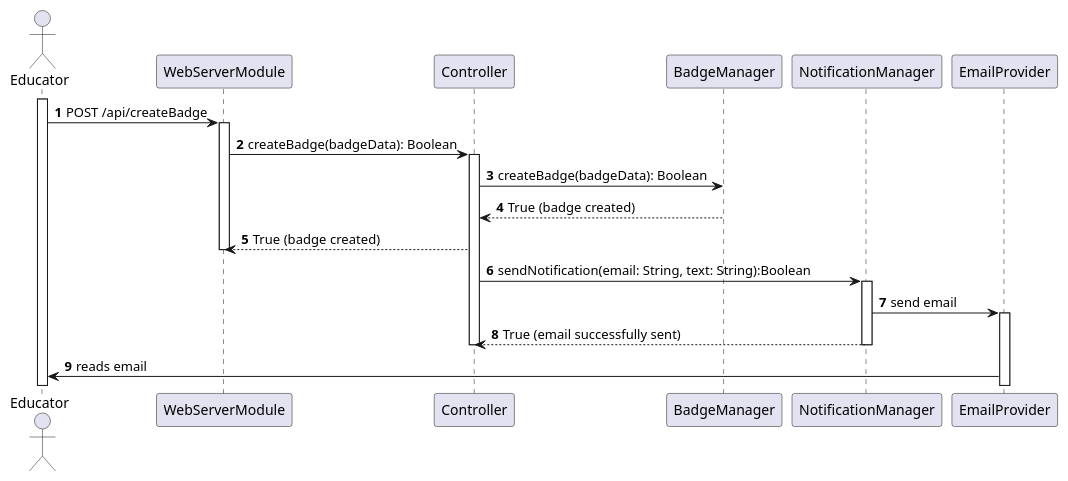
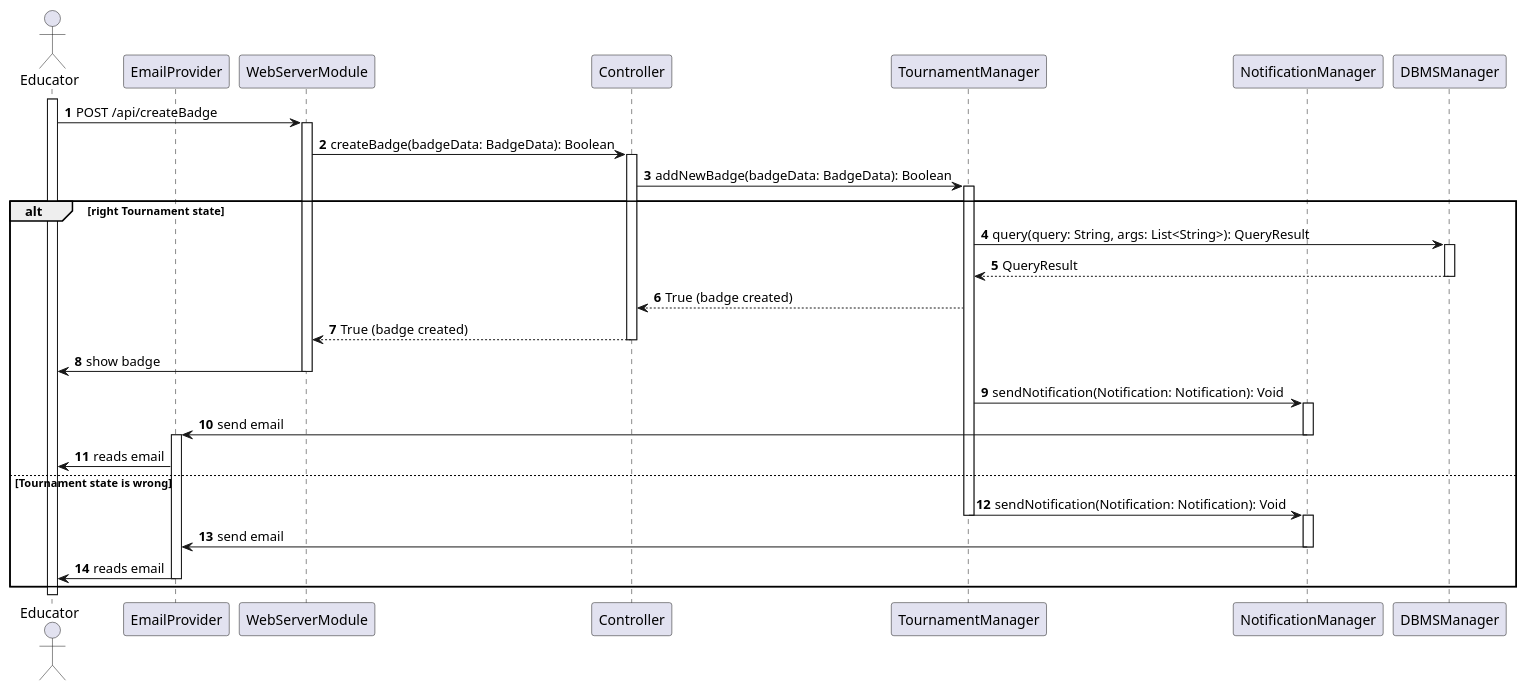
The diagram in _DD/Images/sequenceDiagrams/createABadge.wsd (Angelo7672/SE2_Requirement-and-Design-Document), drawn with PlantUML before and after one commit. The commit also changed 3 other files, not shown here.

```diff
--- a/_DD/Images/sequenceDiagrams/createABadge.wsd
+++ b/_DD/Images/sequenceDiagrams/createABadge.wsd
@@ -1,29 +1,45 @@
 @startuml
 
 autonumber
 actor Educator as U
+participant EmailProvider as EP
 participant WebServerModule as WS
 participant Controller as C
-participant BadgeManager as BM
+participant TournamentManager as BM
 participant NotificationManager as NM
-participant EmailProvider as EP
+participant DBMSManager as DB
 
 activate U
 U->WS: POST /api/createBadge
 activate WS
-WS->C: createBadge(badgeData): Boolean
+WS->C: createBadge(badgeData: BadgeData): Boolean
 activate C
-C->BM: createBadge(badgeData): Boolean
+C->BM: addNewBadge(badgeData: BadgeData): Boolean
+activate BM
+alt right Tournament state
+BM -> DB: query(query: String, args: List<String>): QueryResult
+activate DB
+DB-->BM: QueryResult
+deactivate DB
 BM-->C: True (badge created)
 C-->WS: True (badge created)
+deactivate C
+WS -> U: show badge
 deactivate WS
-C->NM: sendNotification(email: String, text: String):Boolean
+BM->NM: sendNotification(Notification: Notification): Void
 activate NM
 NM->EP:send email
+deactivate NM
 activate EP
-NM-->C: True (email successfully sent)
-deactivate NM
-deactivate C
 EP->U: reads email
+else Tournament state is wrong
+    BM -> NM: sendNotification(Notification: Notification): Void
+    deactivate BM
+    activate NM
+    NM -> EP: send email
+    deactivate NM
+    EP -> U: reads email
+    deactivate EP
+end
 
 @enduml
```
